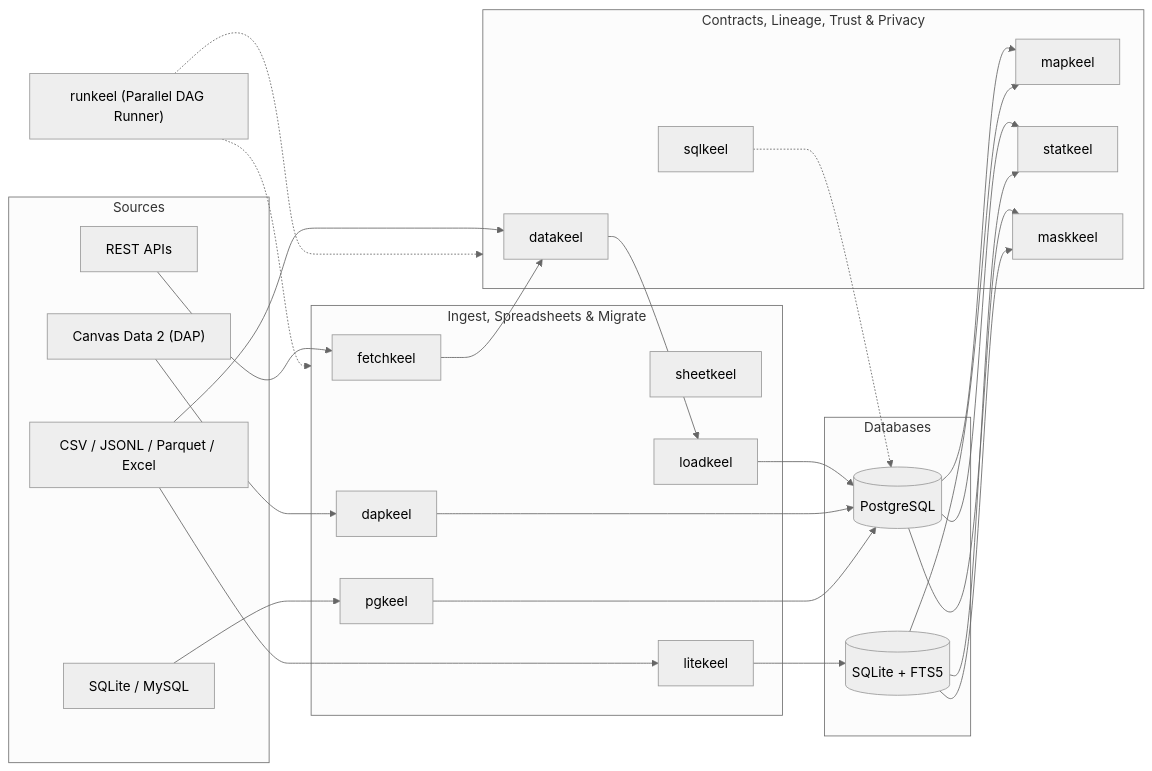
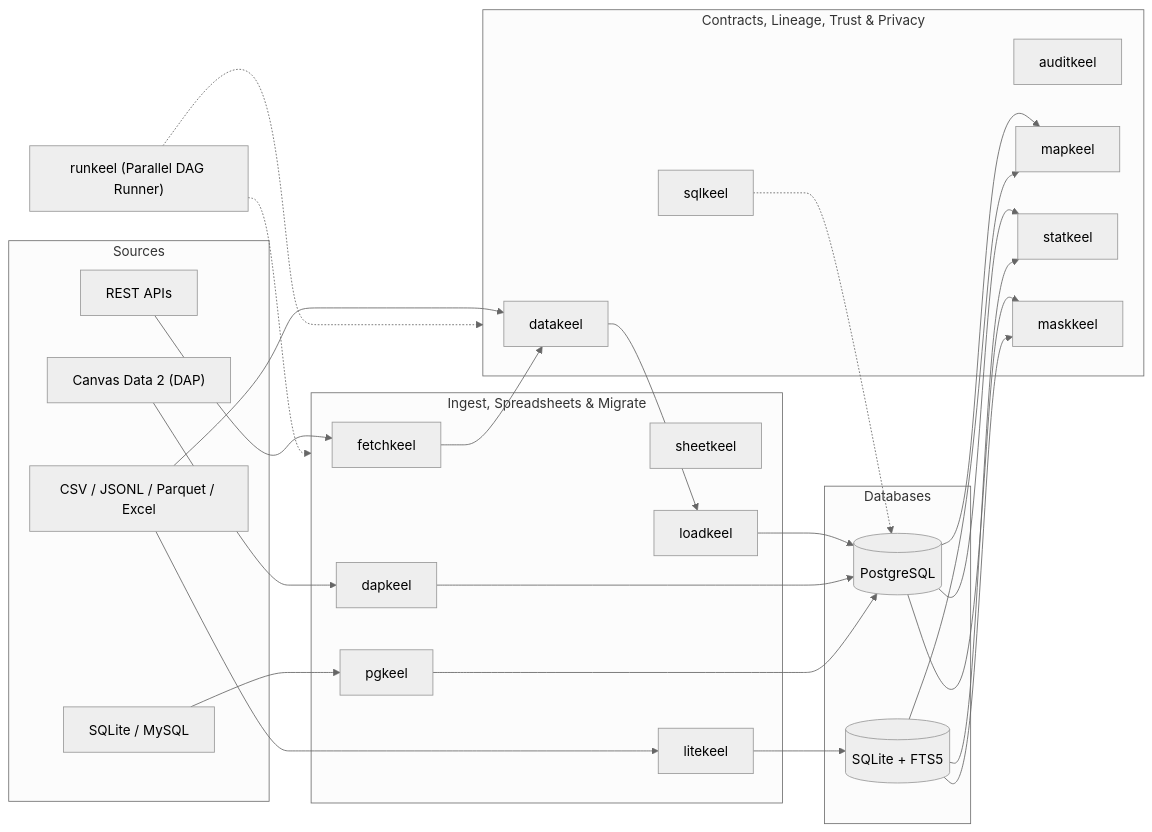
One commit to robertguss/keel-stack changed the diagram in README.md. Above: the diagram before and after it, drawn with Mermaid (neutral theme). The commit also changed other lines of this file and 3 other files, not shown here.

````diff
--- a/README.md
+++ b/README.md
@@ -14,48 +14,49 @@
 ```mermaid
 flowchart LR
     subgraph Sources
         API["REST APIs"]
         DAP["Canvas Data 2 (DAP)"]
         FILES["CSV / JSONL / Parquet / Excel"]
         LEGACY["SQLite / MySQL"]
     end
 
     subgraph Ingest["Ingest, Spreadsheets & Migrate"]
         FK["fetchkeel"]
         DKP["dapkeel"]
         SHK["sheetkeel"]
         LK["loadkeel"]
         PGK["pgkeel"]
         LTK["litekeel"]
     end
 
     subgraph Storage["Databases"]
         PG[("PostgreSQL")]
         SQ[("SQLite + FTS5")]
     end
 
     subgraph Quality["Contracts, Lineage, Trust & Privacy"]
         DTK["datakeel"]
         SQK["sqlkeel"]
+        ADK["auditkeel"]
         MK["mapkeel"]
         STK["statkeel"]
         MSK["maskkeel"]
     end
 
     RK["runkeel (Parallel DAG Runner)"]
 
     API --> FK --> DTK --> LK --> PG
     DAP --> DKP --> PG
     FILES --> DTK
     FILES --> LTK --> SQ
     LEGACY --> PGK --> PG
     PG --> MK
     PG --> STK
     PG --> MSK
     SQ --> MK
     SQ --> STK
     SQ --> MSK
     SQK -.-> PG
     RK -.-> Ingest
     RK -.-> Quality
 ```
````
